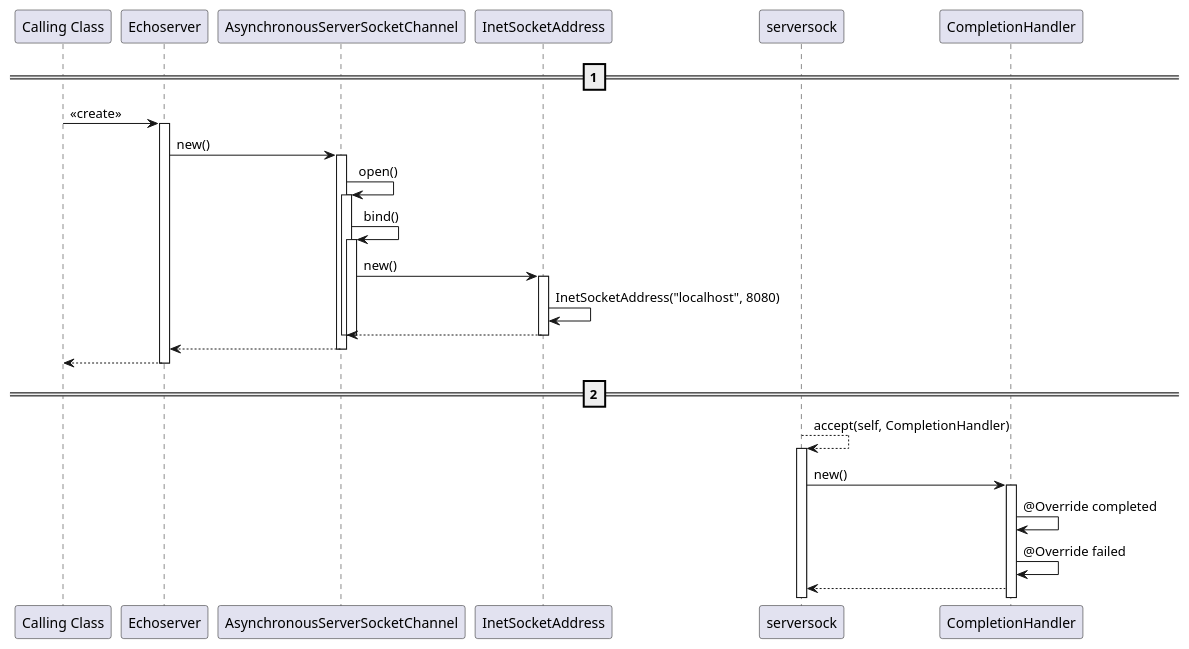
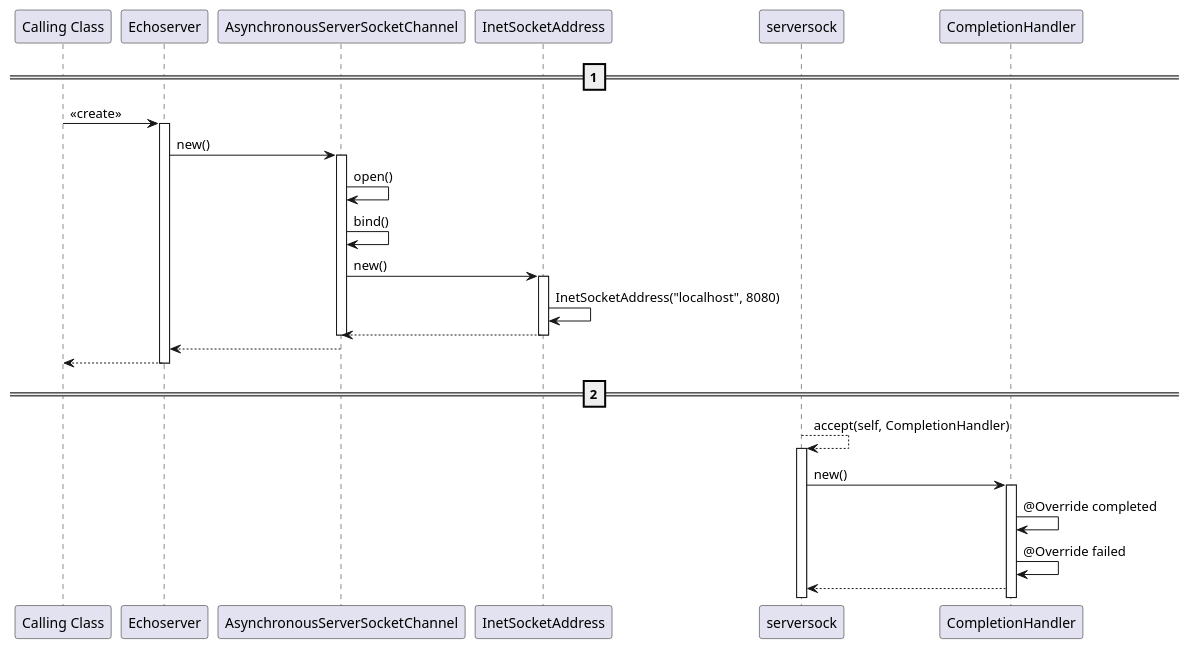
The diagram in uebung/2/Uebungseinheit3.1/a2_ue3.plantuml (K1ntsugi/SoftwareEngineering_2_Vinf5), drawn with PlantUML before and after one commit.

```diff
--- a/uebung/2/Uebungseinheit3.1/a2_ue3.plantuml
+++ b/uebung/2/Uebungseinheit3.1/a2_ue3.plantuml
@@ -1,30 +1,30 @@
 @startuml Uebungseinheit 3 - Aufgabe 2
 
 participant "Calling Class" as Caller
 participant "Echoserver" as ES 
 participant "AsynchronousServerSocketChannel" as AsyncSock
 participant "InetSocketAddress" as Address
 participant "serversock" as Magic
 participant "CompletionHandler" as Handler
 
 ==1==
 Caller -> ES++ : <<create>>
 ES -> AsyncSock++ : new()
-AsyncSock -> AsyncSock++ : open()
-AsyncSock -> AsyncSock++ : bind()
+AsyncSock -> AsyncSock : open()
+AsyncSock -> AsyncSock : bind()
 AsyncSock -> Address++ : new()
 Address -> Address : InetSocketAddress("localhost", 8080)
 Address --> AsyncSock--
 AsyncSock--
 AsyncSock--
 AsyncSock --> ES
 AsyncSock--
 ES --> Caller
 ES--
 ==2==
 Magic --> Magic++ : accept(self, CompletionHandler)
 Magic -> Handler++ : new()
 Handler -> Handler : @Override completed
 Handler -> Handler : @Override failed
 Handler --> Magic
 @enduml
```
